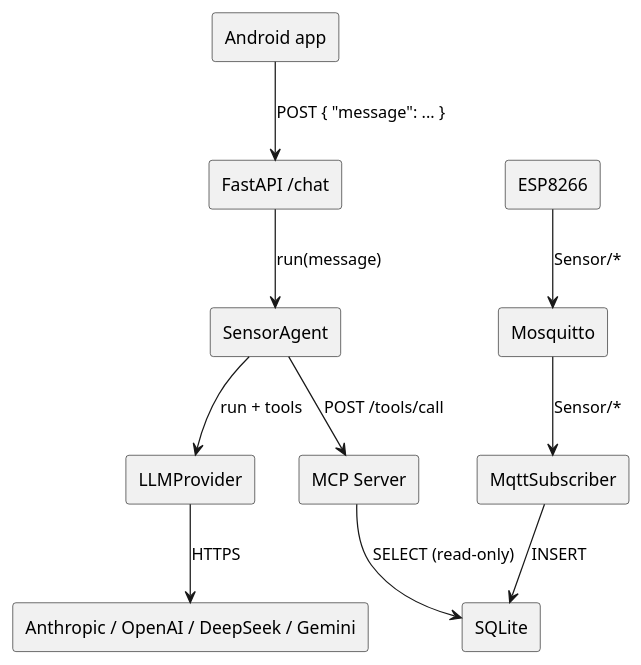
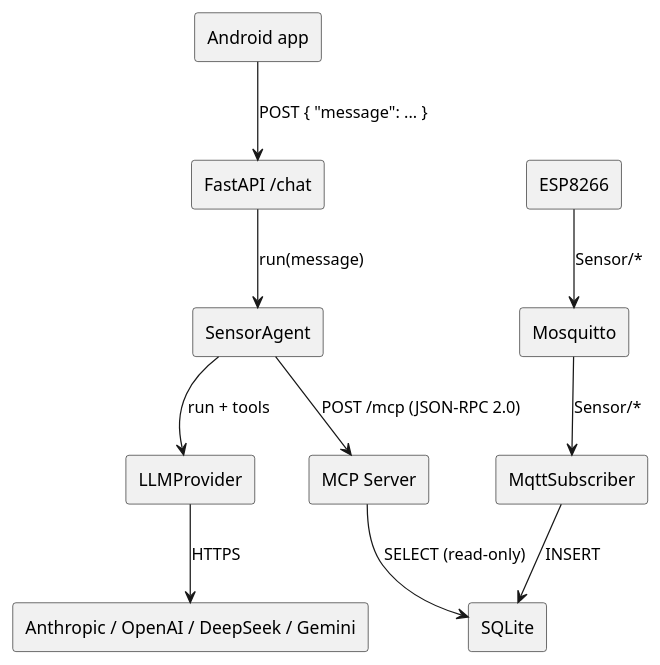
The diagram in doc/content/llm_app/README.adoc (FHDW-Hannover-IoT/BioT_Speech_IoT_Doc), drawn with PlantUML before and after one commit. The commit also changed other lines of this file and 12 other files, not shown here.

```diff
--- a/doc/content/llm_app/README.adoc
+++ b/doc/content/llm_app/README.adoc
@@ -61,17 +61,17 @@
 [plantuml,format=svg]
 ----
 @startuml
 skinparam componentStyle rectangle
 
 [Android app] --> [FastAPI /chat] : POST { "message": ... }
 [FastAPI /chat] --> [SensorAgent] : run(message)
 [SensorAgent] --> [LLMProvider] : run + tools
 [LLMProvider] --> [Anthropic / OpenAI / DeepSeek / Gemini] : HTTPS
-[SensorAgent] --> [MCP Server] : POST /tools/call
+[SensorAgent] --> [MCP Server] : POST /mcp (JSON-RPC 2.0)
 [MCP Server] --> [SQLite]      : SELECT (read-only)
 
 [ESP8266] --> [Mosquitto] : Sensor/*
 [Mosquitto] --> [MqttSubscriber] : Sensor/*
 [MqttSubscriber] --> [SQLite] : INSERT
 @enduml
 ----
```
